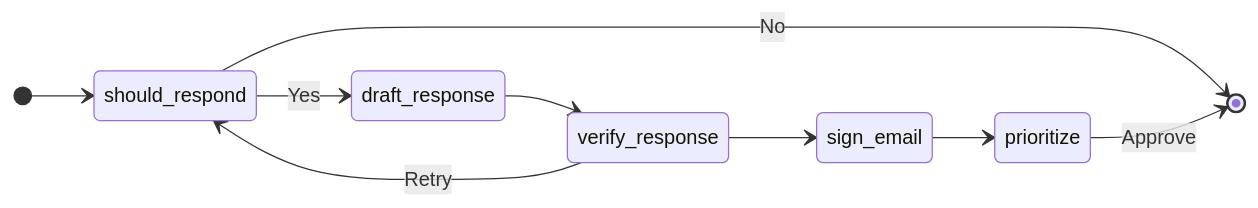
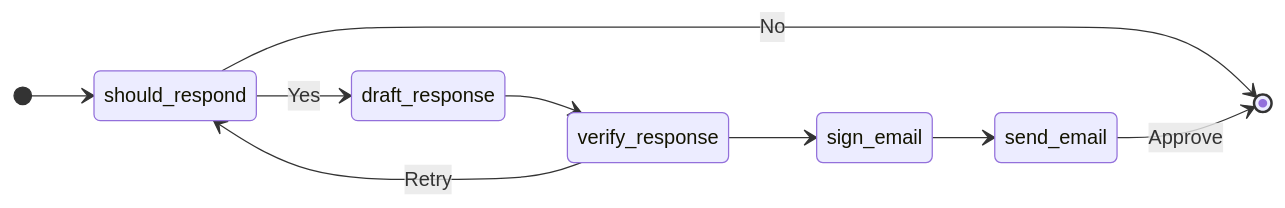
The diagram in README.md (alex-osman/tatbot), drawn with Mermaid before and after one commit. The commit also changed other lines of this file, not shown here.

Commit message:
update readme a little

````diff
--- a/README.md
+++ b/README.md
@@ -9,12 +9,12 @@
 ```mermaid
 stateDiagram
     direction lr
     [*] --> should_respond
     should_respond --> draft_response : Yes
     should_respond --> [*] : No
     draft_response --> verify_response
     verify_response --> should_respond : Retry
     verify_response --> sign_email
-    sign_email --> prioritize
-    prioritize --> [*] : Approve
+    sign_email --> send_email
+    send_email --> [*] : Approve
 ```
````
